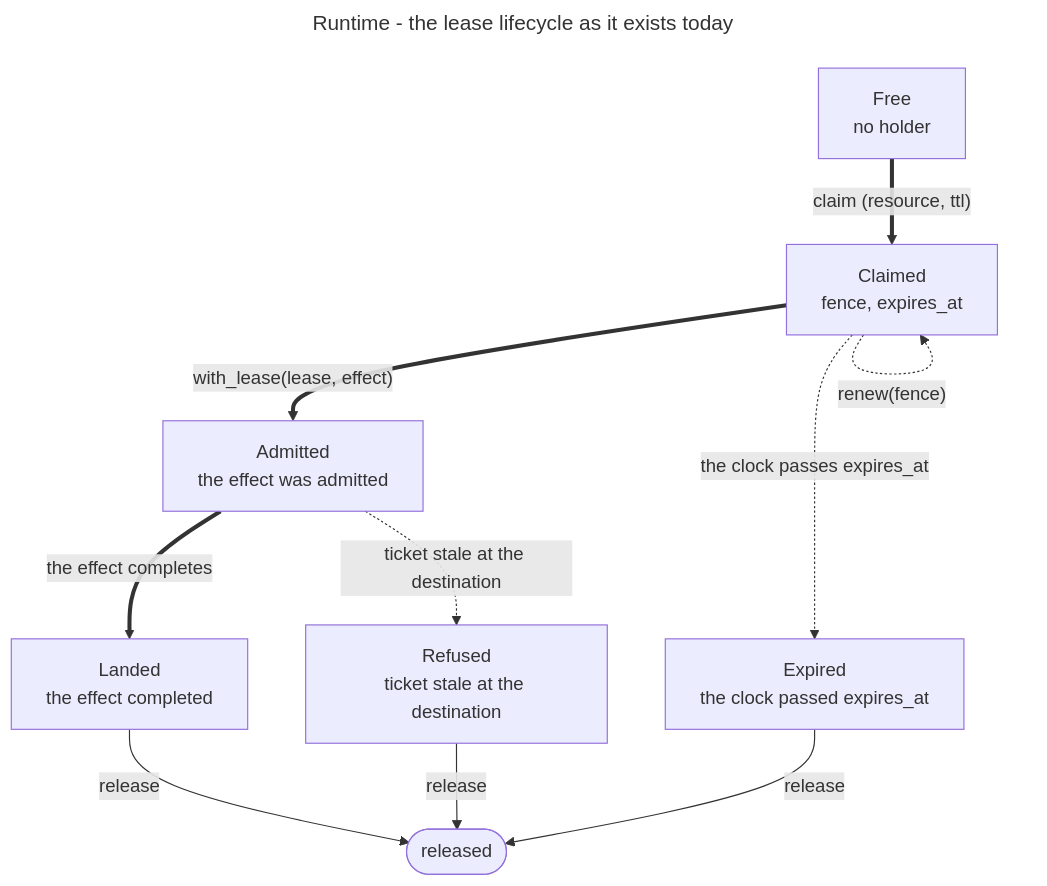
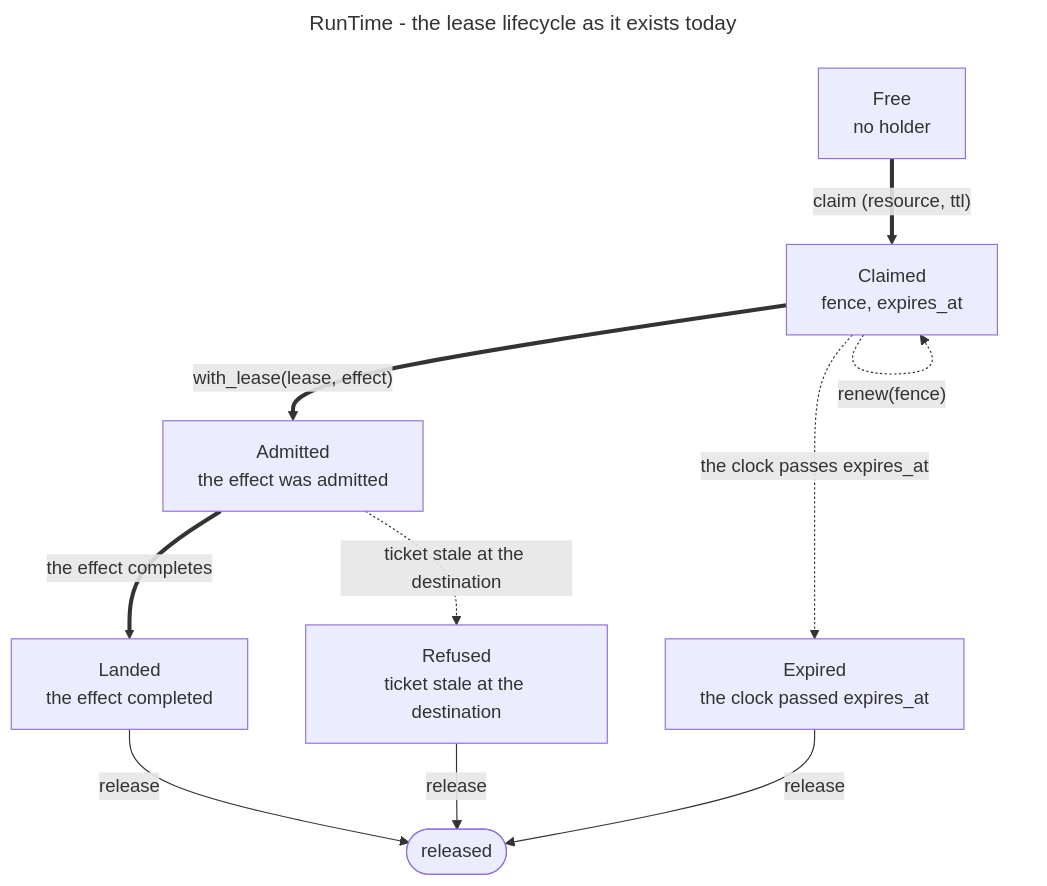
The diagram in Documentation/Diagram/10-RunTime/Lifecycle.mmd (MergedBeastAgito/Agito), drawn with Mermaid before and after one commit. The commit also changed 156 other files, not shown here.

```diff
--- a/Documentation/Diagram/10-RunTime/Lifecycle.mmd
+++ b/Documentation/Diagram/10-RunTime/Lifecycle.mmd
@@ -1,22 +1,22 @@
 ---
-title: Runtime - the lease lifecycle as it exists today
+title: RunTime - the lease lifecycle as it exists today
 line9:
   theme: boardroom
 ---
 flowchart TD
   FREE["Free<br>no holder"]:::host
   CLAIMED["Claimed<br>fence, expires_at"]:::host
   ADMITTED["Admitted<br>the effect was admitted"]:::host
   LANDED["Landed<br>the effect completed"]:::host
   EXPIRED["Expired<br>the clock passed expires_at"]:::host
   REFUSED["Refused<br>ticket stale at the destination"]:::fail
   RELEASED(["released"]):::host
   FREE ==>|"claim (resource, ttl)"| CLAIMED
   CLAIMED -.->|"renew(fence)"| CLAIMED
   CLAIMED ==>|"with_lease(lease, effect)"| ADMITTED
   ADMITTED ==>|"the effect completes"| LANDED
   ADMITTED -.->|"ticket stale at the destination"| REFUSED
   CLAIMED -.->|"the clock passes expires_at"| EXPIRED
   LANDED -->|"release"| RELEASED
   REFUSED -->|"release"| RELEASED
   EXPIRED -->|"release"| RELEASED
```
